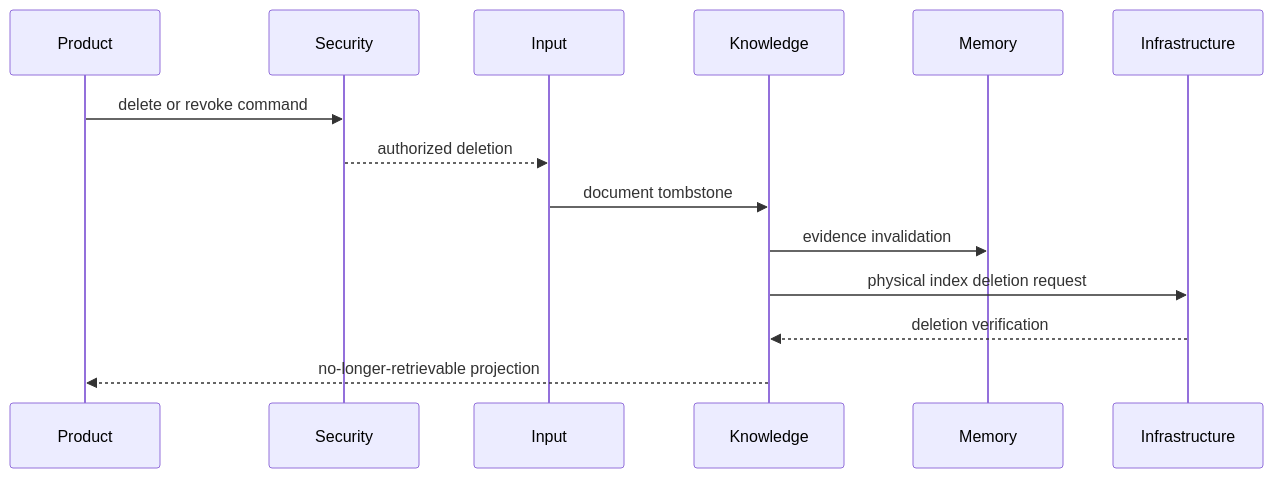
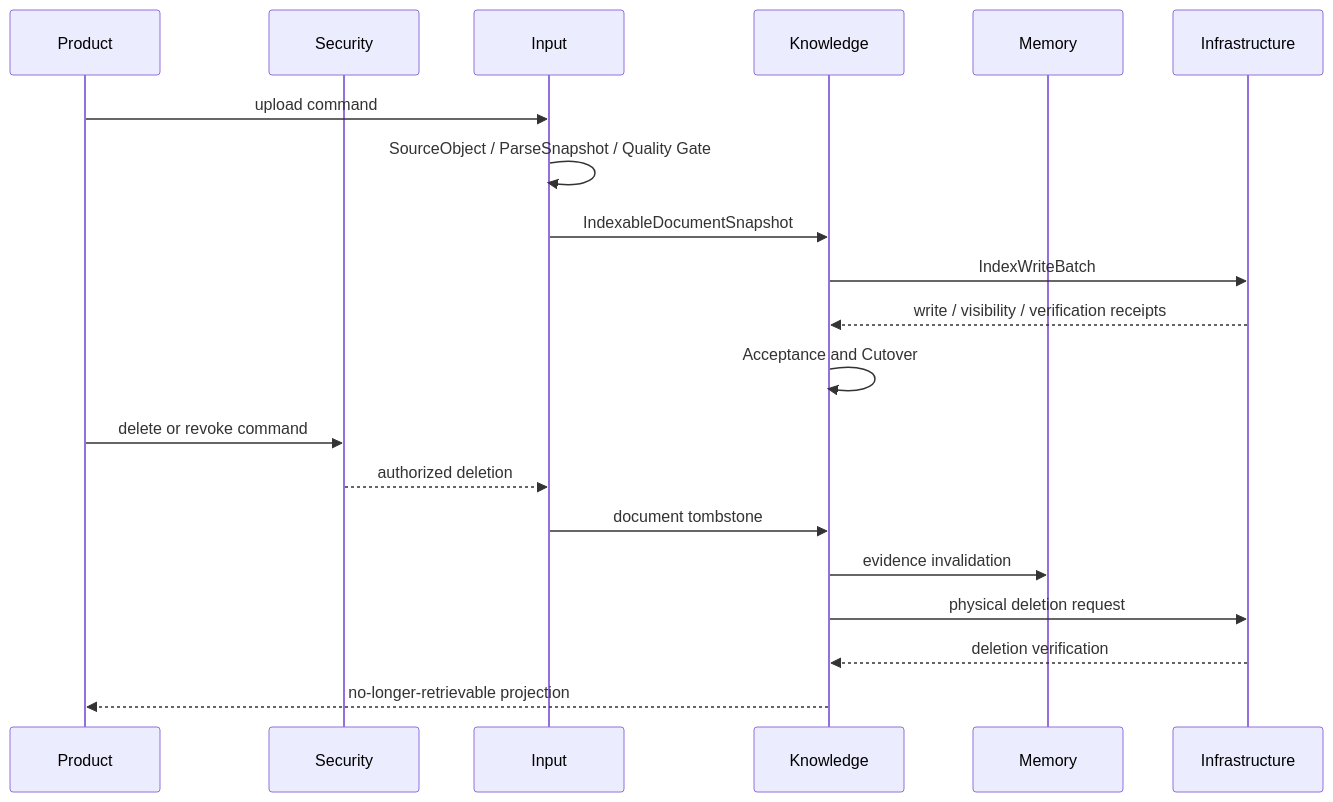
Before and after one commit to ProfessorZhi/Zuno: diagram 15 of 30 in .agent/architecture/architecture-views.md, drawn with Mermaid. The commit also changed other lines of this file and 22 other files, not shown here.

Commit message:
docs: realign total architecture with canonical modules

````diff
--- a/.agent/architecture/architecture-views.md
+++ b/.agent/architecture/architecture-views.md
@@ -241,16 +272,22 @@
 ```mermaid
 sequenceDiagram
   participant P as Product
   participant S as Security
   participant I as Input
   participant K as Knowledge
   participant M as Memory
   participant F as Infrastructure
+  P->>I: upload command
+  I->>I: SourceObject / ParseSnapshot / Quality Gate
+  I->>K: IndexableDocumentSnapshot
+  K->>F: IndexWriteBatch
+  F-->>K: write / visibility / verification receipts
+  K->>K: Acceptance and Cutover
   P->>S: delete or revoke command
   S-->>I: authorized deletion
   I->>K: document tombstone
   K->>M: evidence invalidation
-  K->>F: physical index deletion request
+  K->>F: physical deletion request
   F-->>K: deletion verification
   K-->>P: no-longer-retrievable projection
 ```
````
